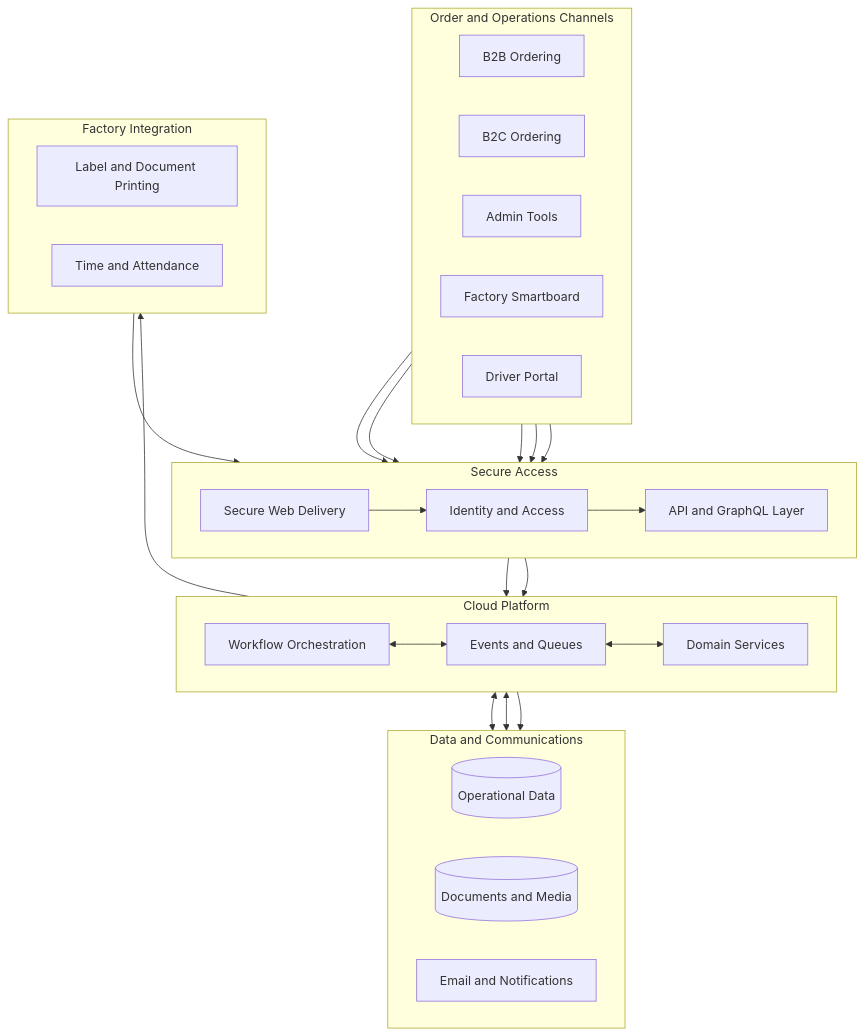
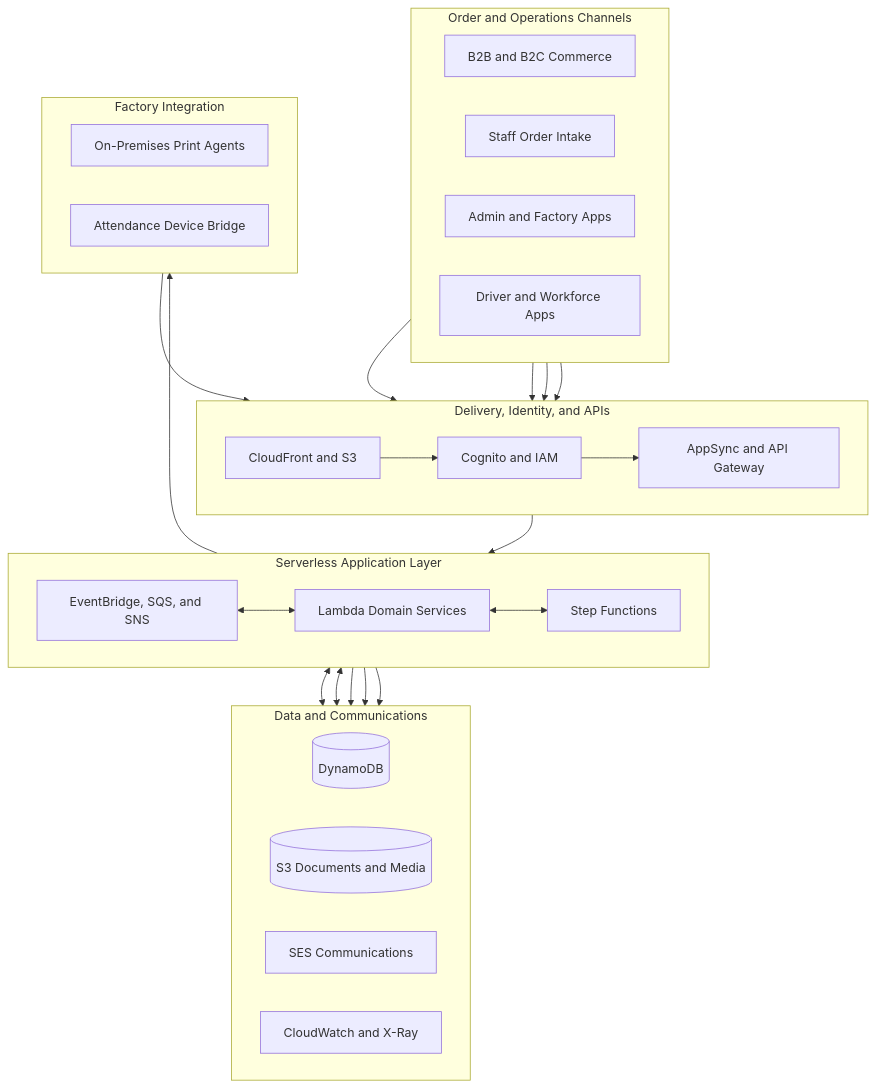
Before and after one commit to ShuaibSahib2017/meatorderpro-showcase: the first of 2 diagrams in README.md, drawn with Mermaid. The commit also changed other lines of this file, not shown here.

````diff
--- a/README.md
+++ b/README.md
@@ -17,55 +35,55 @@
 ```mermaid
 flowchart TB
     subgraph Channels[Order and Operations Channels]
         direction LR
-        B2B[B2B Ordering]
-        B2C[B2C Ordering]
-        ADMIN[Admin Tools]
-        FLOOR[Factory Smartboard]
-        DRIVER[Driver Portal]
+        COMMERCE[B2B and B2C Commerce]
+        INTAKE[Staff Order Intake]
+        OPS[Admin and Factory Apps]
+        FIELD[Driver and Workforce Apps]
     end
 
-    subgraph Access[Secure Access]
+    subgraph Access[Delivery, Identity, and APIs]
         direction LR
-        EDGE[Secure Web Delivery]
-        AUTH[Identity and Access]
-        API[API and GraphQL Layer]
+        EDGE[CloudFront and S3]
+        AUTH[Cognito and IAM]
+        API[AppSync and API Gateway]
     end
 
-    subgraph Platform[Cloud Platform]
+    subgraph Platform[Serverless Application Layer]
         direction LR
-        FLOW[Workflow Orchestration]
-        EVENTS[Events and Queues]
-        SERVICES[Domain Services]
+        SERVICES[Lambda Domain Services]
+        FLOW[Step Functions]
+        EVENTS[EventBridge, SQS, and SNS]
     end
 
     subgraph Data[Data and Communications]
         direction LR
-        DB[(Operational Data)]
-        FILES[(Documents and Media)]
-        NOTIFY[Email and Notifications]
+        DB[(DynamoDB)]
+        FILES[(S3 Documents and Media)]
+        NOTIFY[SES Communications]
+        OBSERVE[CloudWatch and X-Ray]
     end
 
     subgraph Factory[Factory Integration]
         direction LR
-        PRINT[Label and Document Printing]
-        CLOCK[Time and Attendance]
+        PRINT[On-Premises Print Agents]
+        CLOCK[Attendance Device Bridge]
     end
 
-    B2B --> EDGE
-    B2C --> EDGE
-    ADMIN --> EDGE
-    FLOOR --> EDGE
-    DRIVER --> EDGE
+    COMMERCE --> API
+    INTAKE --> EDGE
+    OPS --> EDGE
+    FIELD --> EDGE
     EDGE --> AUTH
     AUTH --> API
-    API --> FLOW
     API --> SERVICES
-    FLOW <--> EVENTS
+    SERVICES <--> FLOW
     EVENTS <--> SERVICES
     SERVICES <--> DB
     SERVICES <--> FILES
     SERVICES --> NOTIFY
+    SERVICES --> OBSERVE
+    EVENTS --> OBSERVE
     EVENTS --> PRINT
     CLOCK --> API
 ```
````
